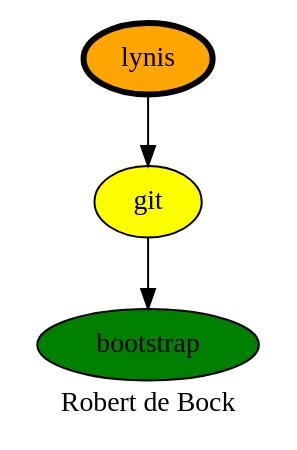
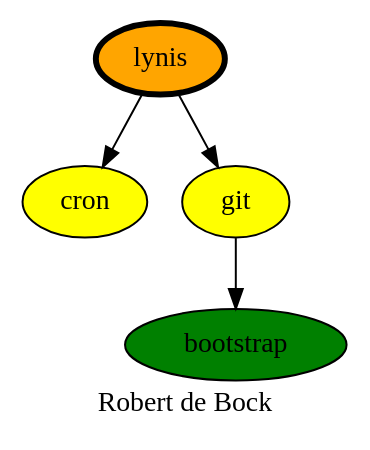
The diagram in lynis.dot (robertdebock/drawings), drawn with Graphviz before and after one commit. The commit also changed 1 other file, not shown here.

Commit message:
Lynis depends on cron.

```diff
--- a/lynis.dot
+++ b/lynis.dot
@@ -1,11 +1,12 @@
 digraph PhiloDilemma {
   label = "Robert de Bock" ;
   overlap=false
   {
     bootstrap [fillcolor=green style=filled]
+    cron [fillcolor=yellow style=filled]
     git [fillcolor=yellow style=filled]
     lynis [fillcolor=orange style=filled penwidth=3]
   }
   git -> bootstrap
-  lynis -> git
+  lynis -> {cron git}
 }
```
